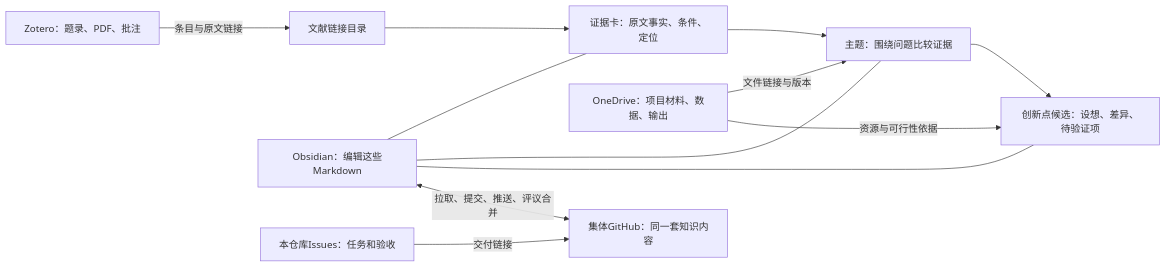
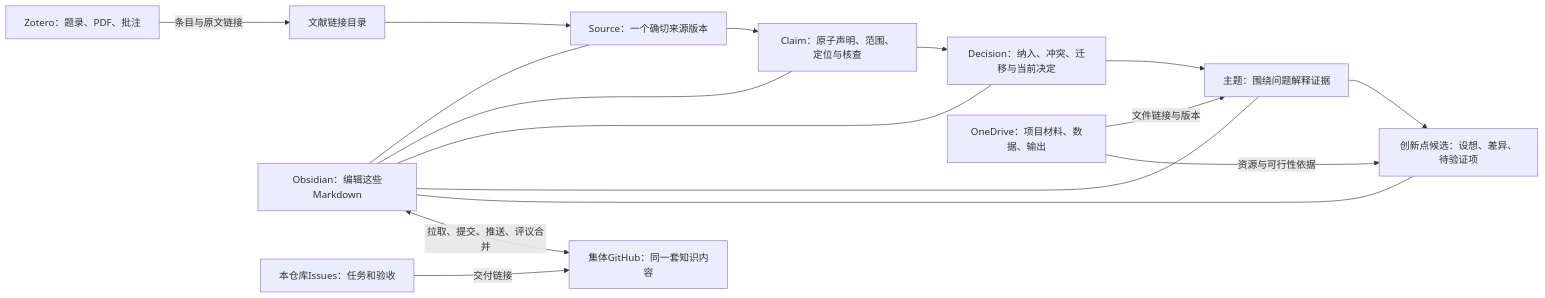
The diagram in docs/产品与流程/02_科研工作操作手册_V0.5.md (wangxinyu20429-dotcom/Water-Conservancy-Intelligent-Platform), drawn with Mermaid before and after one commit. The commit also changed other lines of this file and 60 other files, not shown here.

````diff
--- a/docs/产品与流程/02_科研工作操作手册_V0.5.md
+++ b/docs/产品与流程/02_科研工作操作手册_V0.5.md
@@ -17,14 +17,18 @@
 ```mermaid
 flowchart LR
     Z["Zotero：题录、PDF、批注"] -->|条目与原文链接| L["文献链接目录"]
-    L --> C["证据卡：原文事实、条件、定位"]
-    C --> T["主题：围绕问题比较证据"]
+    L --> S["Source：一个确切来源版本"]
+    S --> C["Claim：原子声明、范围、定位与核查"]
+    C --> D["Decision：纳入、冲突、迁移与当前决定"]
+    D --> T["主题：围绕问题解释证据"]
     T --> I["创新点候选：设想、差异、待验证项"]
     O["OneDrive：项目材料、数据、输出"] -->|文件链接与版本| T
     O -->|资源与可行性依据| I
-    W["Obsidian：编辑这些Markdown"] --- C
+    W["Obsidian：编辑这些Markdown"] --- S
+    W --- C
+    W --- D
     W --- T
     W --- I
     W <-->|拉取、提交、推送、评议合并| G["集体GitHub：同一套知识内容"]
     P["本仓库Issues：任务和验收"] -->|交付链接| G
 ```
````
